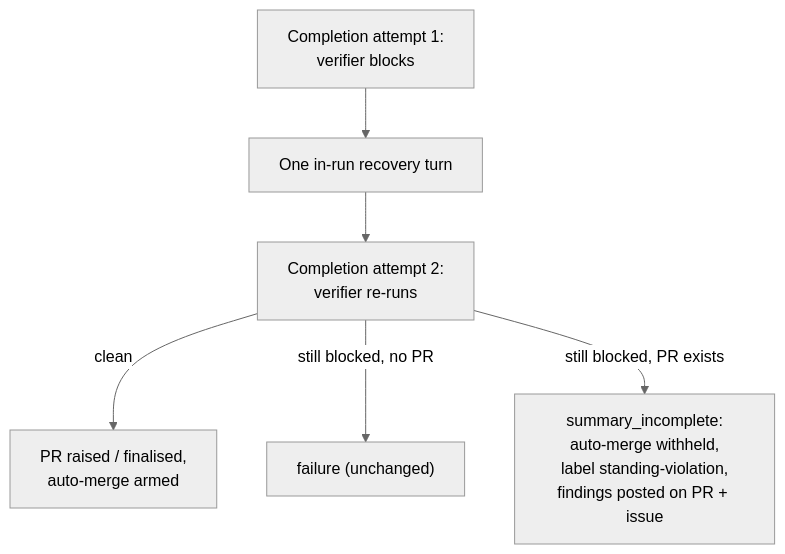
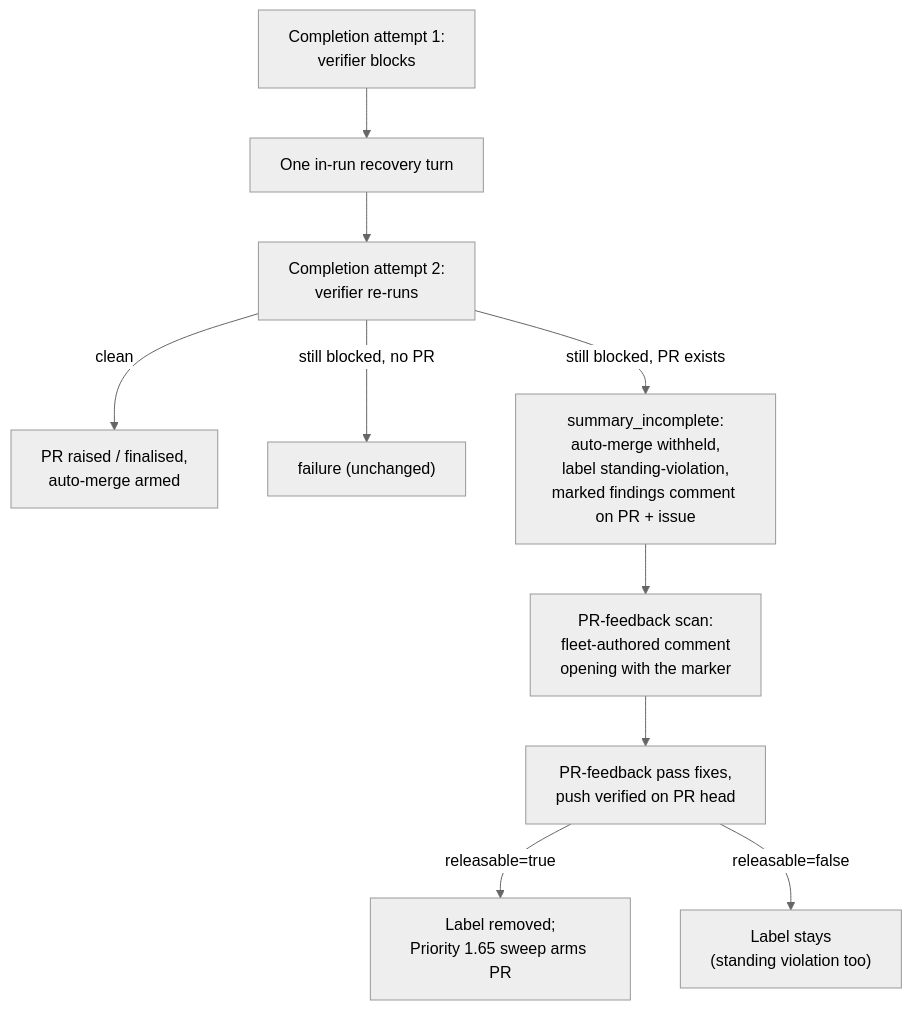
The diagram in docs/archive/pr-summaries/pr-summary-3697.md (stSoftwareAU/VibeCoder), drawn with Mermaid (neutral theme) before and after one commit. The commit also changed other lines of this file and 2 other files, not shown here.

````diff
--- a/docs/archive/pr-summaries/pr-summary-3697.md
+++ b/docs/archive/pr-summaries/pr-summary-3697.md
@@ -41,8 +57,12 @@
 ```mermaid
 flowchart TD
   A["Completion attempt 1:<br/>verifier blocks"] --> B["One in-run recovery turn"]
   B --> C["Completion attempt 2:<br/>verifier re-runs"]
   C -->|clean| D["PR raised / finalised,<br/>auto-merge armed"]
   C -->|still blocked, no PR| E["failure (unchanged)"]
-  C -->|still blocked, PR exists| F["summary_incomplete:<br/>auto-merge withheld,<br/>label standing-violation,<br/>findings posted on PR + issue"]
+  C -->|still blocked, PR exists| F["summary_incomplete:<br/>auto-merge withheld,<br/>label standing-violation,<br/>marked findings comment on PR + issue"]
+  F --> G["PR-feedback scan:<br/>fleet-authored comment<br/>opening with the marker"]
+  G --> H["PR-feedback pass fixes,<br/>push verified on PR head"]
+  H -->|releasable=true| I["Label removed;<br/>Priority 1.65 sweep arms PR"]
+  H -->|releasable=false| J["Label stays<br/>(standing violation too)"]
 ```
````
